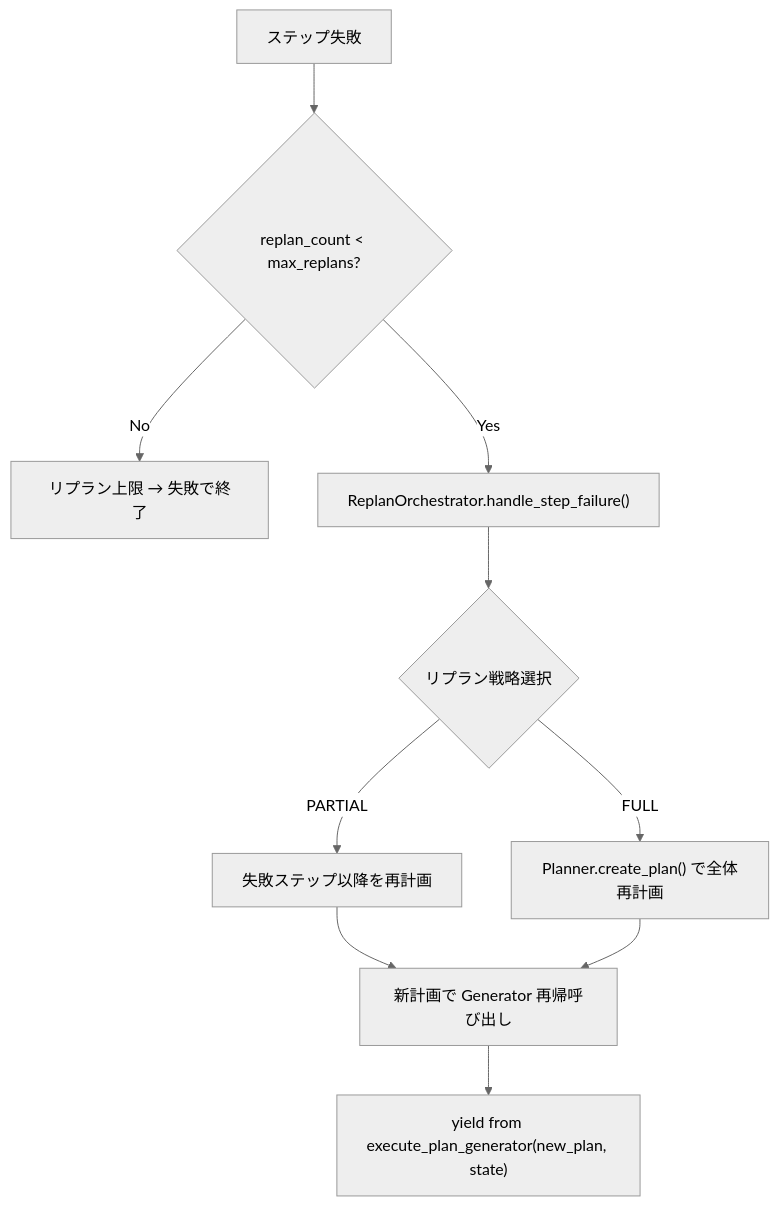
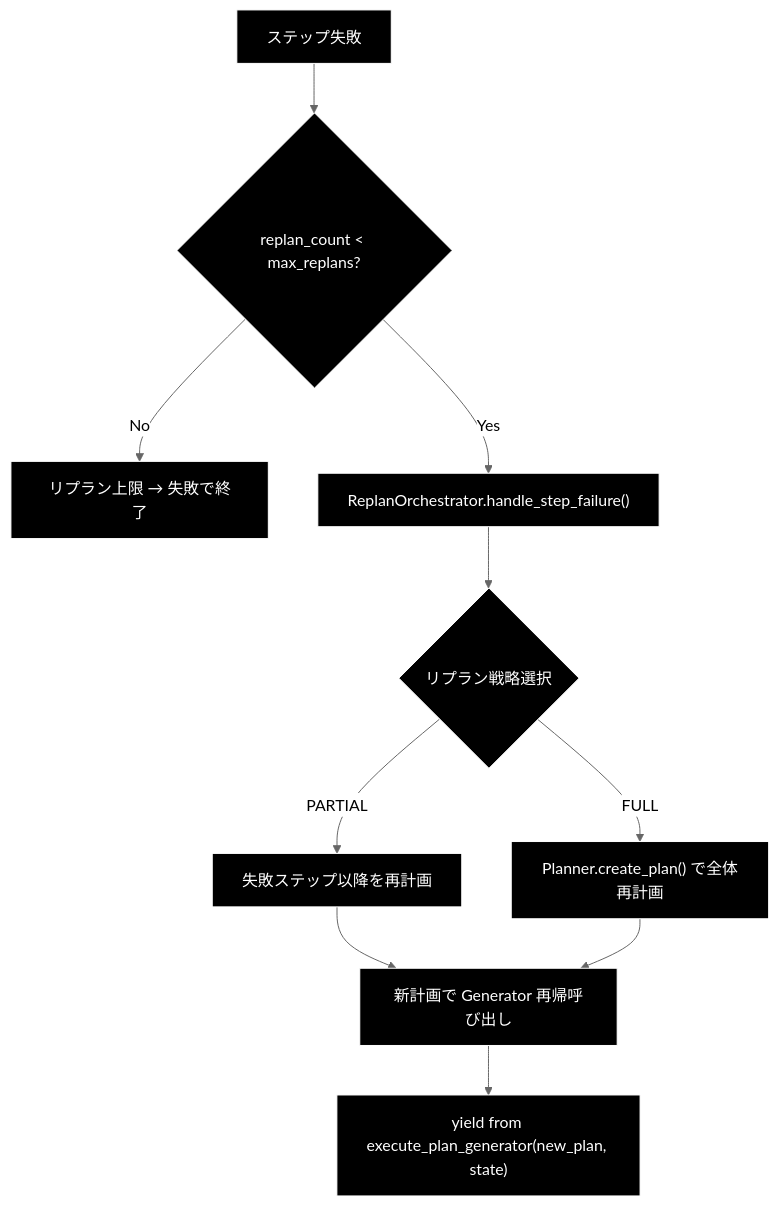
One commit to nakashima2toshio/ollama_grace_agent_v2 changed diagram 11 of 13 in readme_autonomous_agent.md. Above: the diagram before and after it, drawn with Mermaid (neutral theme). The commit also changed other lines of this file and 7 other files, not shown here.

````diff
--- a/readme_autonomous_agent.md
+++ b/readme_autonomous_agent.md
@@ -1246,12 +1348,15 @@
 ```mermaid
 flowchart TB
     A["ステップ失敗"] --> B{"replan_count < max_replans?"}
     B -->|No| C["リプラン上限 → 失敗で終了"]
     B -->|Yes| D["ReplanOrchestrator.handle_step_failure()"]
     D --> E{"リプラン戦略選択"}
     E -->|PARTIAL| F["失敗ステップ以降を再計画"]
     E -->|FULL| G["Planner.create_plan() で全体再計画"]
     F --> H["新計画で Generator 再帰呼び出し"]
     G --> H
     H --> I["yield from execute_plan_generator(new_plan, state)"]
+classDef default fill:#000,stroke:#fff,color:#fff
+classDef subgraphStyle fill:#1a1a1a,stroke:#fff,color:#fff
+class A,B,C,D,E,F,G,H,I,execute_plan_generator default
 ```
````
